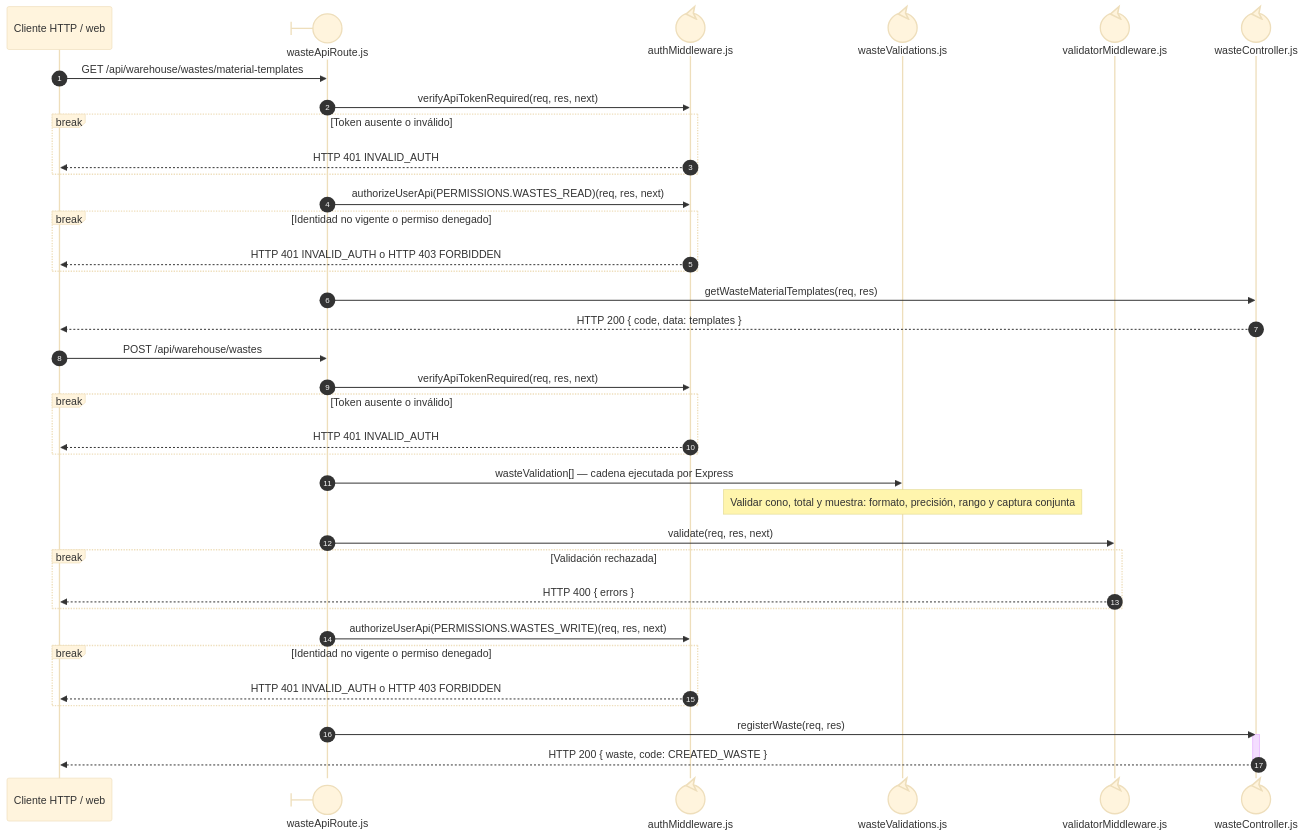
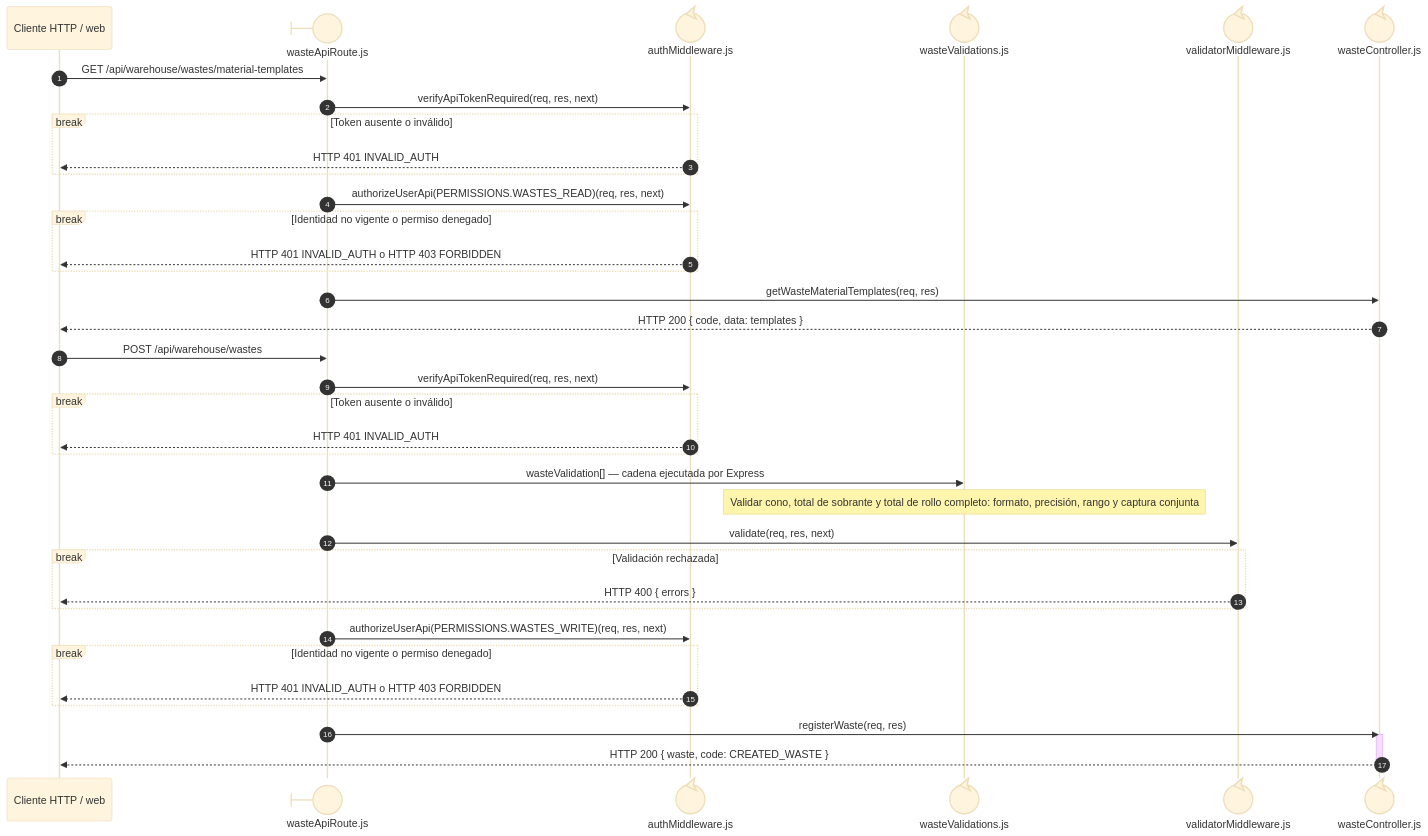
Before and after one commit to gpgsistemas01/nexus: the first of 2 diagrams in docs/architecture/views/processes/backend-code-sequences/catalogs/cu-alm-10.md, drawn with Mermaid (base theme). The commit also changed other lines of this file and 40 other files, not shown here.

First line of the commit message:
Calcula la merma con el peso del rollo completo y el mismo cono

````diff
--- a/docs/architecture/views/processes/backend-code-sequences/catalogs/cu-alm-10.md
+++ b/docs/architecture/views/processes/backend-code-sequences/catalogs/cu-alm-10.md
@@ -32,41 +32,41 @@
 ```mermaid
 sequenceDiagram
     autonumber
     participant Client as Cliente HTTP / web
     participant Route@{ "type": "boundary" } as wasteApiRoute.js
     participant Auth@{ "type": "control" } as authMiddleware.js
     participant ValidationRules@{ "type": "control" } as wasteValidations.js
     participant Validator@{ "type": "control" } as validatorMiddleware.js
     participant Controller@{ "type": "control" } as wasteController.js
 
     Client->>Route: GET /api/warehouse/wastes/material-templates
     Route->>Auth: verifyApiTokenRequired(req, res, next)
     break Token ausente o inválido
         Auth-->>Client: HTTP 401 INVALID_AUTH
     end
     Route->>Auth: authorizeUserApi(PERMISSIONS.WASTES_READ)(req, res, next)
     break Identidad no vigente o permiso denegado
         Auth-->>Client: HTTP 401 INVALID_AUTH o HTTP 403 FORBIDDEN
     end
     Route->>Controller: getWasteMaterialTemplates(req, res)
     Controller-->>Client: HTTP 200 { code, data: templates }
     Client->>Route: POST /api/warehouse/wastes
     Route->>Auth: verifyApiTokenRequired(req, res, next)
     break Token ausente o inválido
         Auth-->>Client: HTTP 401 INVALID_AUTH
     end
     Route->>ValidationRules: wasteValidation[] — cadena ejecutada por Express
-    Note over ValidationRules: Validar cono, total y muestra: formato, precisión, rango y captura conjunta
+    Note over ValidationRules: Validar cono, total de sobrante y total de rollo completo: formato, precisión, rango y captura conjunta
     Route->>Validator: validate(req, res, next)
     break Validación rechazada
         Validator-->>Client: HTTP 400 { errors }
     end
     Route->>Auth: authorizeUserApi(PERMISSIONS.WASTES_WRITE)(req, res, next)
     break Identidad no vigente o permiso denegado
         Auth-->>Client: HTTP 401 INVALID_AUTH o HTTP 403 FORBIDDEN
     end
     Route->>Controller: registerWaste(req, res)
     activate Controller
         Controller-->>Client: HTTP 200 { waste, code: CREATED_WASTE }
     deactivate Controller
 ```
````
